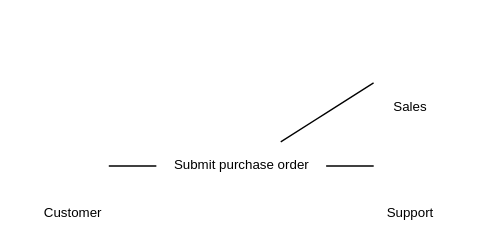
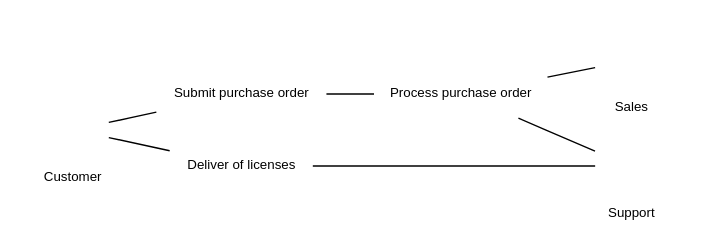
One commit to hean01/graphviz-uml changed the diagram in examples/usecase1.gv. Above: the diagram before and after it, drawn with Graphviz.

Commit message:
Simplified the use case example.

```diff
--- a/examples/usecase1.gv
+++ b/examples/usecase1.gv
@@ -1,27 +1,35 @@
 digraph G {
 	/* basic setup */
 	rankdir = LR;
 	fontname="Helvetica";
 	fontsize="10";
 	edge [arrowhead=none];
 	node [shape=objective,peripheries=0,label="",fontname="Helvetica", fontsize="10"];
 
 	/* Actors */
 	subgraph clusterCustomer {label="Customer"; labelloc="b"; peripheries=0;
 		 customer [shape=actor]; };
 
 	subgraph clusterSales {label="Sales"; labelloc="b"; peripheries=0;
 		 sales [shape=actor]; };
 
 	subgraph clusterSupport {label="Support"; labelloc="b"; peripheries=0;
 		 support [shape=actor]; };
 
+	subgraph clusterEmployers {sales; support;}
+	subgraph clusterObjectives {order; process_po; deliv_licenses; peripheries=0;}
 
 	/* Objectives */
 	order [label="Submit purchase order"];
+	process_po [label="Process purchase order"];
+	deliv_licenses [label="Deliver of licenses"];
 	
 	/* Relations */
 	customer->order
-	order->sales
-	order->support
+	order->process_po
+	process_po->sales
+	process_po->support
+	support->deliv_licenses
+	deliv_licenses->customer
+
 }
```
